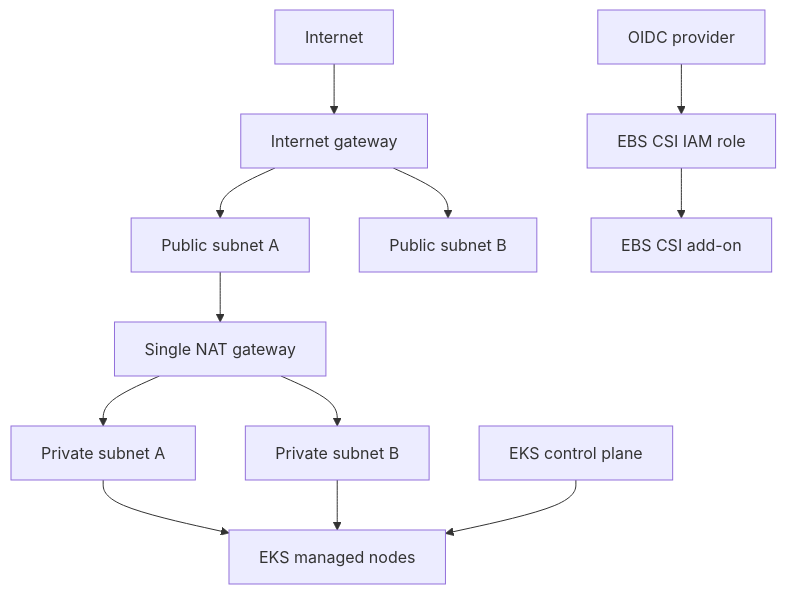
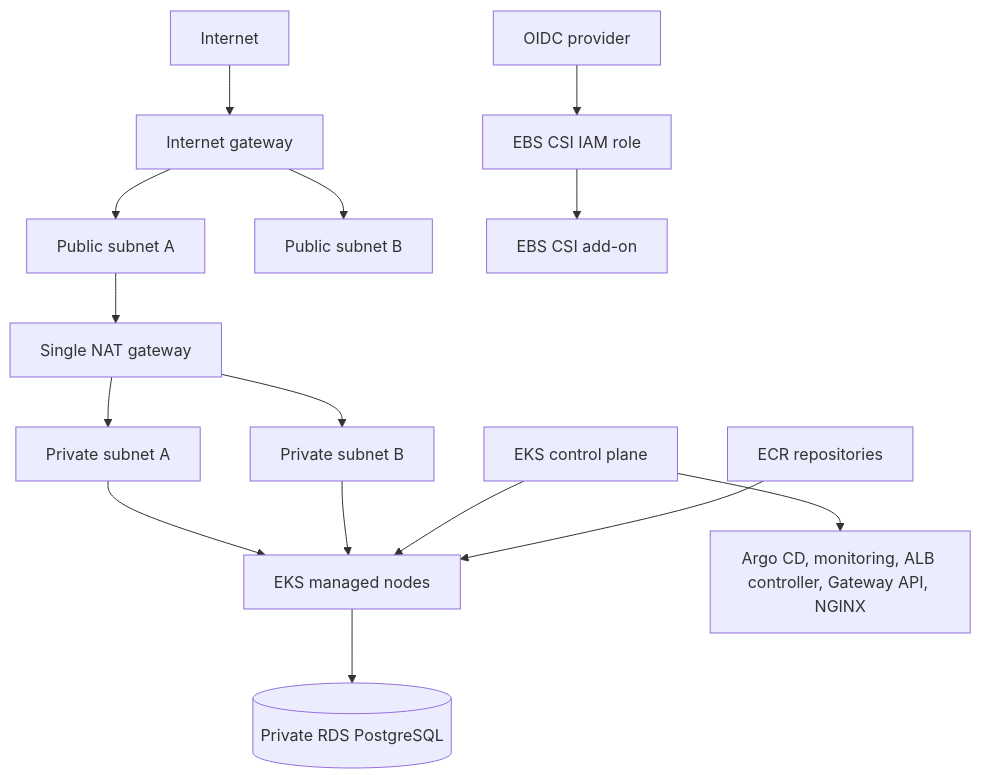
The diagram in infrastructure/terraform/README.md (aungheinkyaw11/taskflow-todolist-project), drawn with Mermaid before and after one commit. The commit also changed other lines of this file and 3 other files, not shown here.

````diff
--- a/infrastructure/terraform/README.md
+++ b/infrastructure/terraform/README.md
@@ -7,14 +7,17 @@
 ```mermaid
 flowchart TB
     Internet --> IGW[Internet gateway]
     IGW --> PublicA[Public subnet A]
     IGW --> PublicB[Public subnet B]
     PublicA --> NAT[Single NAT gateway]
     NAT --> PrivateA[Private subnet A]
     NAT --> PrivateB[Private subnet B]
     PrivateA --> Nodes[EKS managed nodes]
     PrivateB --> Nodes
     EKS[EKS control plane] --> Nodes
+    Nodes --> RDS[(Private RDS PostgreSQL)]
+    ECR[ECR repositories] --> Nodes
     OIDC[OIDC provider] --> EBSRole[EBS CSI IAM role]
     EBSRole --> EBS[EBS CSI add-on]
+    EKS --> Platform[Argo CD, monitoring, ALB controller, Gateway API, NGINX]
 ```
````
